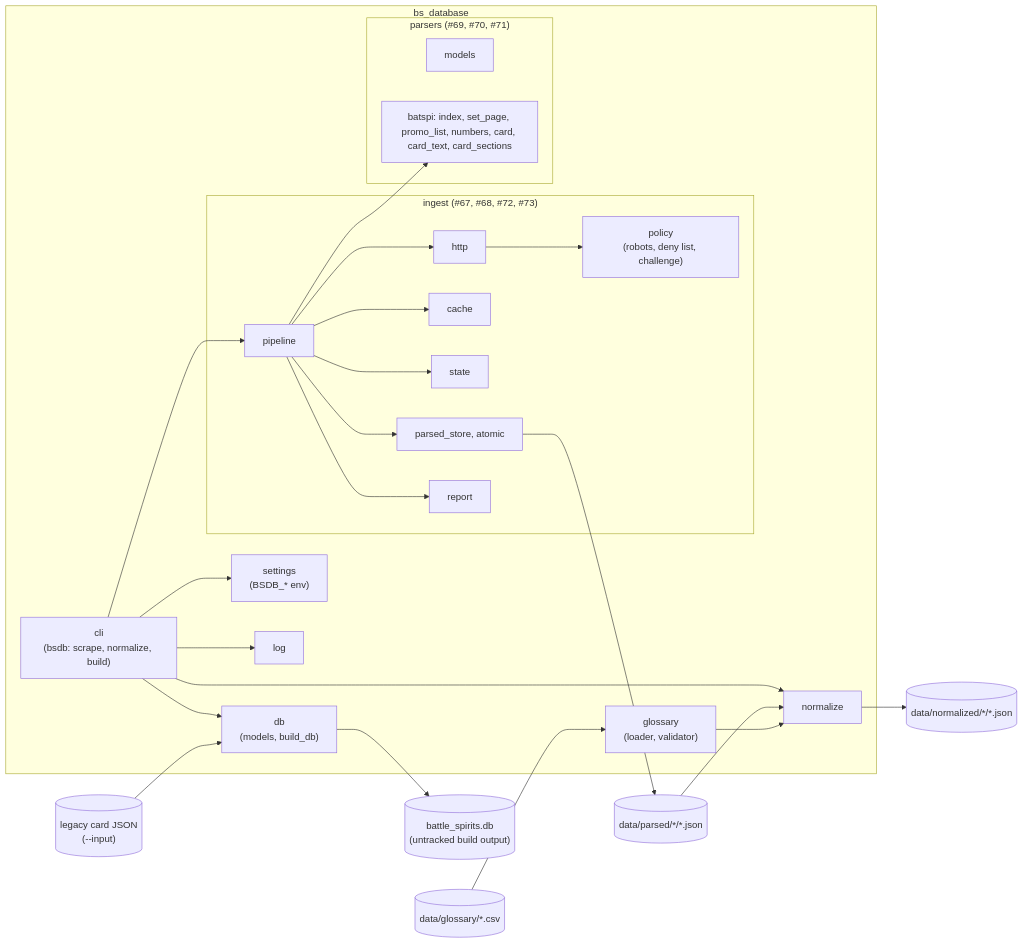
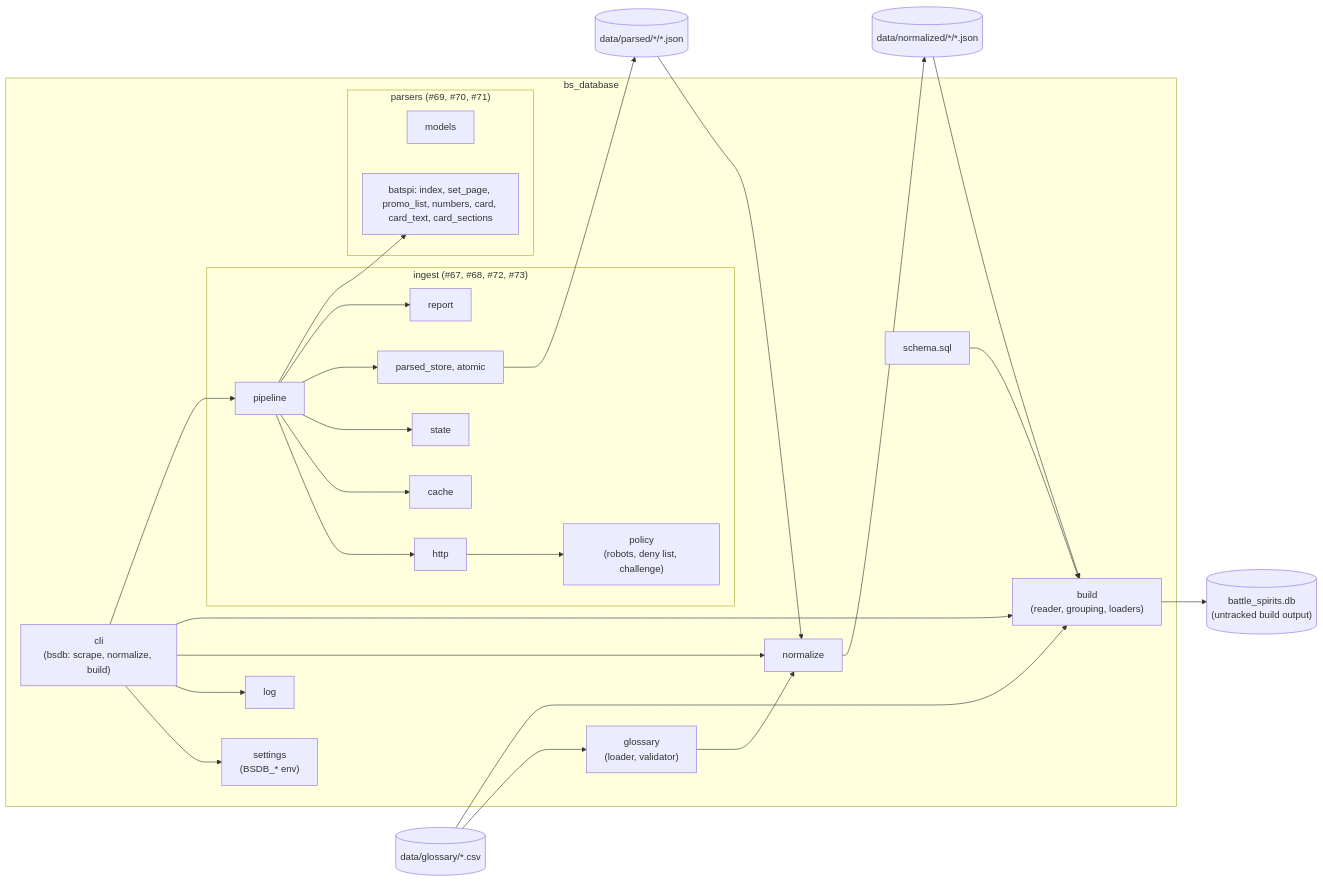
The first of 3 diagrams in docs/architecture/overview.md (AleFire99/BS_Database), drawn with Mermaid before and after one commit. The commit also changed other lines of this file and 11 other files, not shown here.

First line of the commit message:
docs(build): document the build, mark the legacy schema docs and update the guides

````diff
--- a/docs/architecture/overview.md
+++ b/docs/architecture/overview.md
@@ -7,50 +7,52 @@
 ```mermaid
 flowchart LR
     subgraph bs_database
         CLI["cli<br/>(bsdb: scrape, normalize, build)"]
         SET["settings<br/>(BSDB_* env)"]
         LOG["log"]
         subgraph ingest["ingest (#67, #68, #72, #73)"]
             POL["policy<br/>(robots, deny list, challenge)"]
             HTTP["http"]
             CACHE["cache"]
             STATE["state"]
             PIPE["pipeline"]
             PSTORE["parsed_store, atomic"]
             REPORT["report"]
         end
         subgraph parsers["parsers (#69, #70, #71)"]
             MODELS["models"]
             BPARSE["batspi: index, set_page, promo_list, numbers, card, card_text, card_sections"]
         end
         NORM["normalize"]
         GLOS["glossary<br/>(loader, validator)"]
-        DBM["db<br/>(models, build_db)"]
+        BUILD["build<br/>(reader, grouping, loaders)"]
+        SCHEMA["schema.sql"]
     end
 
     PJ[("data/parsed/*/*.json")]
     NJ[("data/normalized/*/*.json")]
-    LJ[("legacy card JSON<br/>(--input)")]
     GL[("data/glossary/*.csv")]
     DB[("battle_spirits.db<br/>(untracked build output)")]
 
     CLI --> SET
     CLI --> LOG
     CLI --> NORM
-    CLI --> DBM
+    CLI --> BUILD
     CLI --> PIPE
     PIPE --> HTTP
     PIPE --> CACHE
     PIPE --> STATE
     PIPE --> PSTORE
     PIPE --> REPORT
     PIPE --> BPARSE
     HTTP --> POL
 
     PSTORE --> PJ
     PJ --> NORM
     GL --> GLOS
     GLOS --> NORM
     NORM --> NJ
-    LJ --> DBM --> DB
+    NJ --> BUILD
+    GL --> BUILD
+    SCHEMA --> BUILD --> DB
 ```
````
